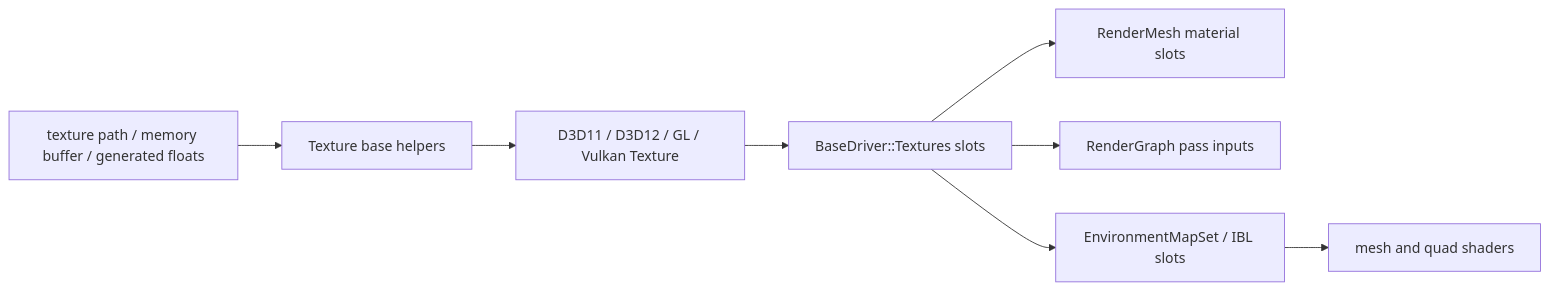
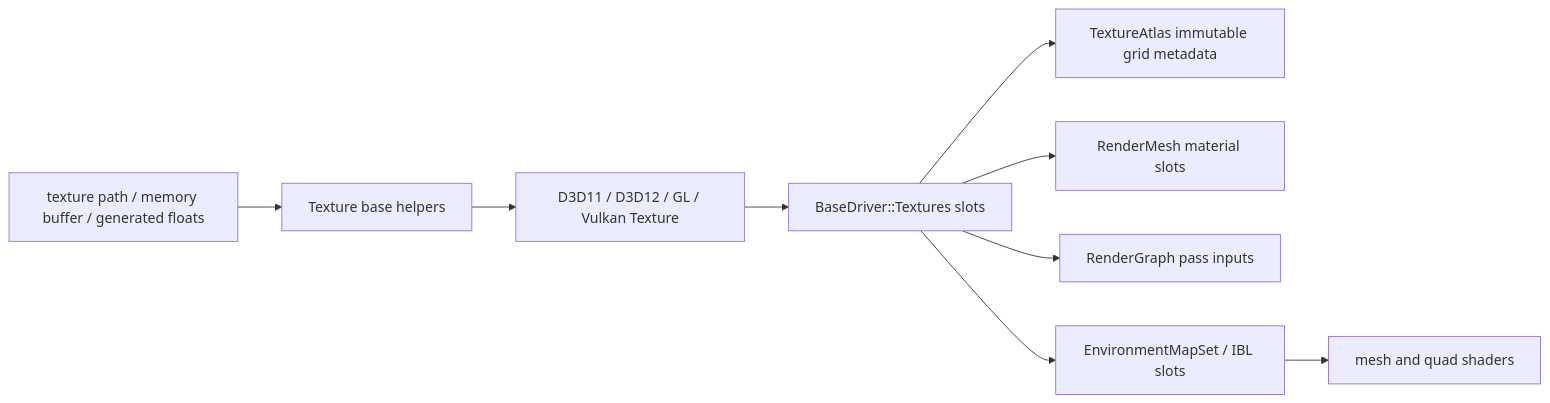
One commit to 0Camus0/T850 changed the first of 2 diagrams in documentation/rendering/textures-and-ibl.md. Above: the diagram before and after it, drawn with Mermaid. The commit also changed other lines of this file and 15 other files, not shown here.

````diff
--- a/documentation/rendering/textures-and-ibl.md
+++ b/documentation/rendering/textures-and-ibl.md
@@ -31,10 +31,11 @@
 ```mermaid
 flowchart LR
   Asset["texture path / memory buffer / generated floats"] --> TextureBase["Texture base helpers"]
   TextureBase --> API["D3D11 / D3D12 / GL / Vulkan Texture"]
   API --> Driver["BaseDriver::Textures slots"]
+  Driver --> Atlas["TextureAtlas immutable grid metadata"]
   Driver --> Material["RenderMesh material slots"]
   Driver --> RenderGraph["RenderGraph pass inputs"]
   Driver --> IBL["EnvironmentMapSet / IBL slots"]
   IBL --> Shader["mesh and quad shaders"]
 ```
````
